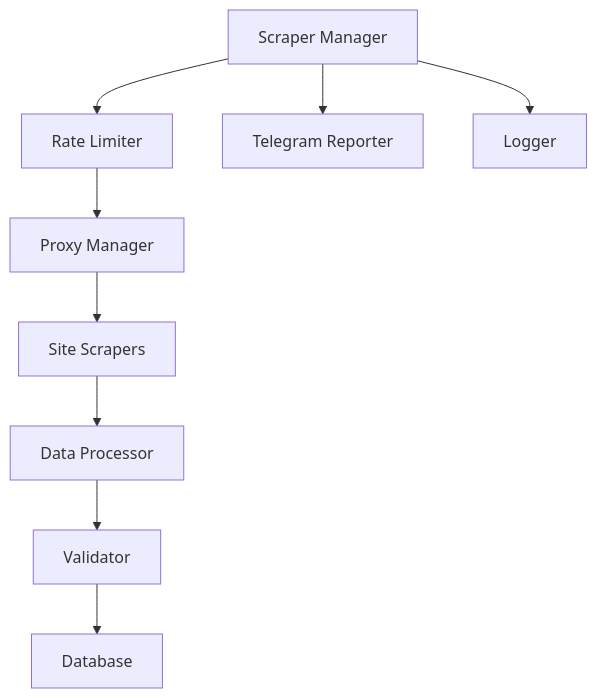
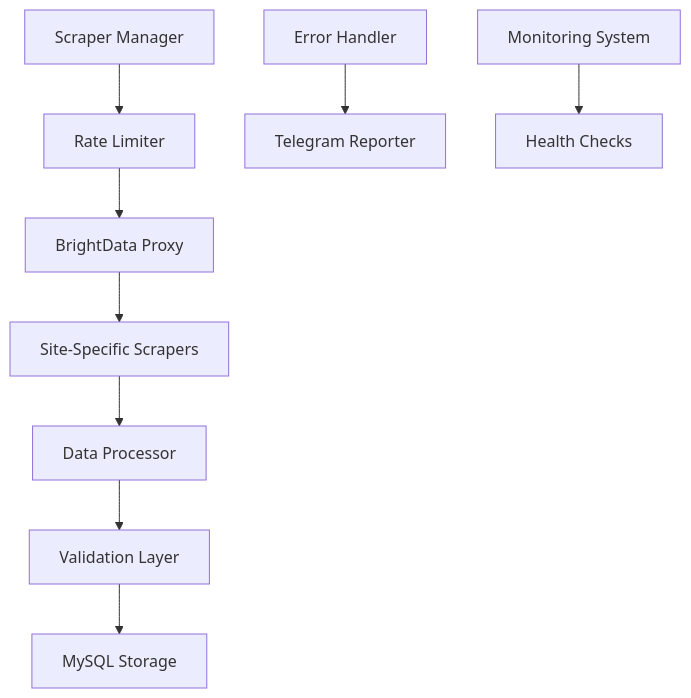
The diagram in README.md (Ismat-Samadov/real_estate), drawn with Mermaid before and after one commit. The commit also changed other lines of this file, not shown here.

````diff
--- a/README.md
+++ b/README.md
@@ -89,11 +14,11 @@
 ```mermaid
 graph TD
     A[Scraper Manager] --> B[Rate Limiter]
-    B --> C[Proxy Manager]
-    C --> D[Site Scrapers]
+    B --> C[BrightData Proxy]
+    C --> D[Site-Specific Scrapers]
     D --> E[Data Processor]
-    E --> F[Validator]
-    F --> G[Database]
-    A --> H[Telegram Reporter]
-    A --> I[Logger]
+    E --> F[Validation Layer]
+    F --> G[MySQL Storage]
+    H[Error Handler] --> I[Telegram Reporter]
+    J[Monitoring System] --> K[Health Checks]
 ```
````
